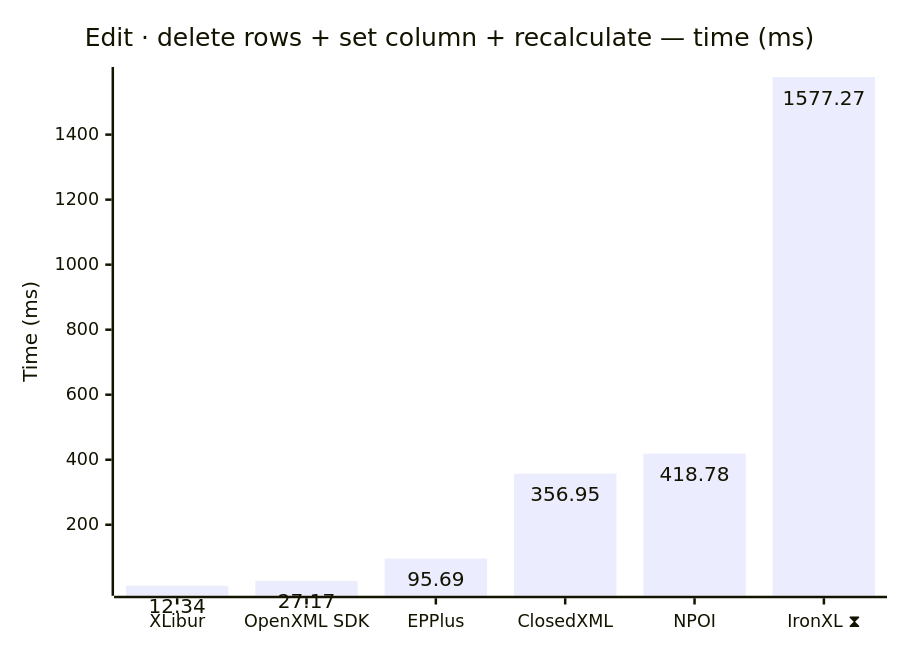
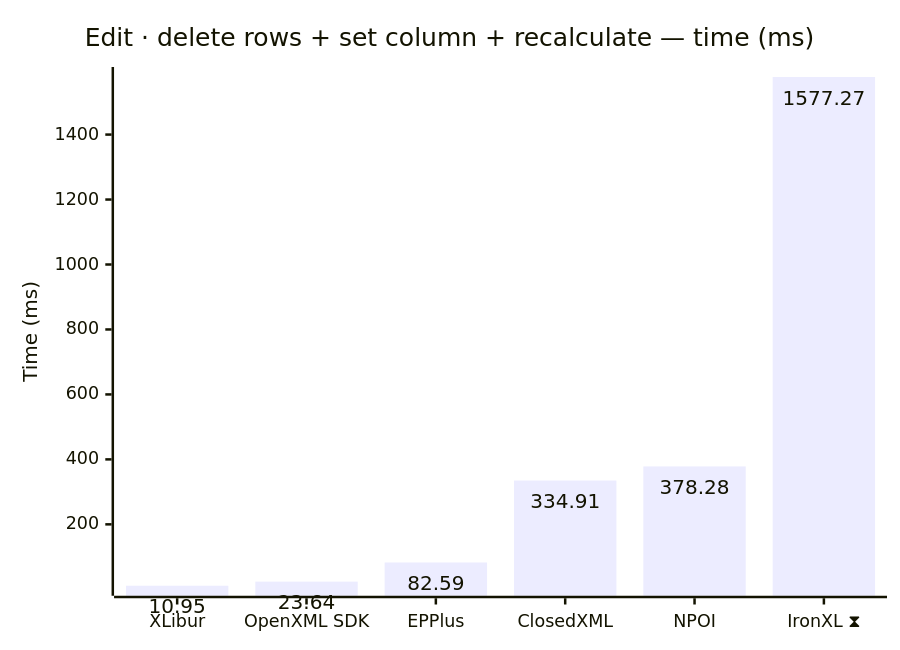
One commit to jafin/XLBench changed the ninth of 12 diagrams in docs/results.md. Above: the diagram before and after it, drawn with Mermaid. The commit also changed other lines of this file and 6 other files, not shown here.

````diff
--- a/docs/results.md
+++ b/docs/results.md
@@ -143,12 +143,12 @@
 ```mermaid
 ---
 config:
   xyChart:
     showDataLabel: true
 ---
 xychart-beta
     title "Edit · delete rows + set column + recalculate — time (ms)"
     x-axis ["XLibur", "OpenXML SDK", "EPPlus", "ClosedXML", "NPOI", "IronXL ⧗"]
     y-axis "Time (ms)"
-    bar [12.34, 27.17, 95.69, 356.95, 418.78, 1577.27]
+    bar [10.95, 23.64, 82.59, 334.91, 378.28, 1577.27]
 ```
````
